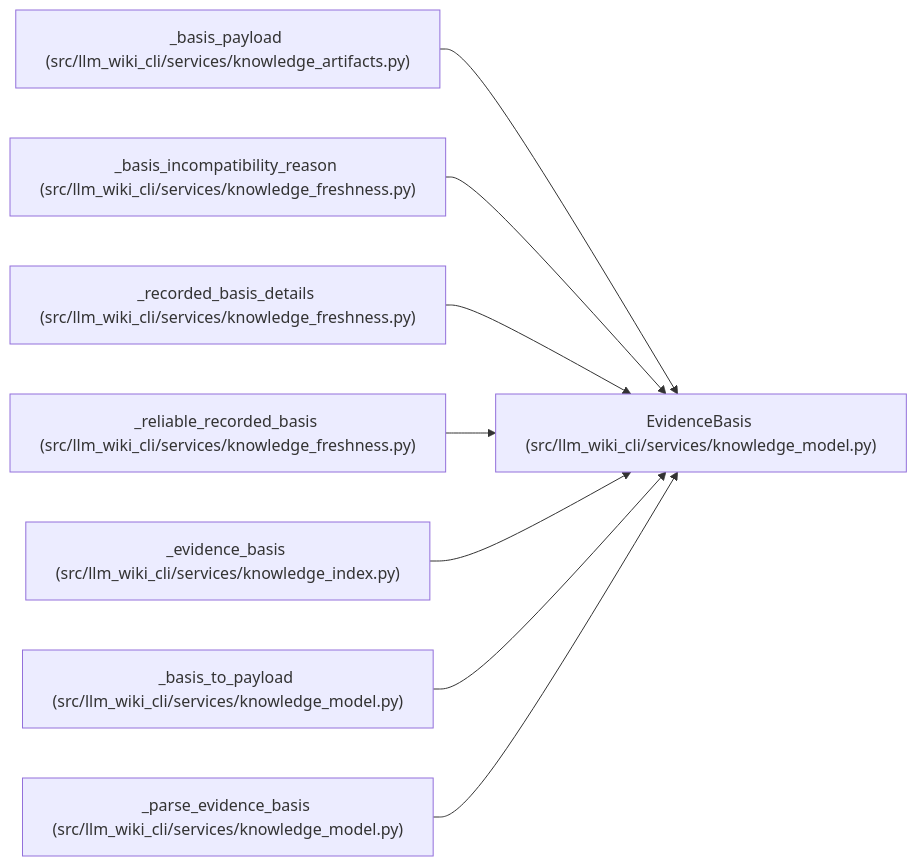
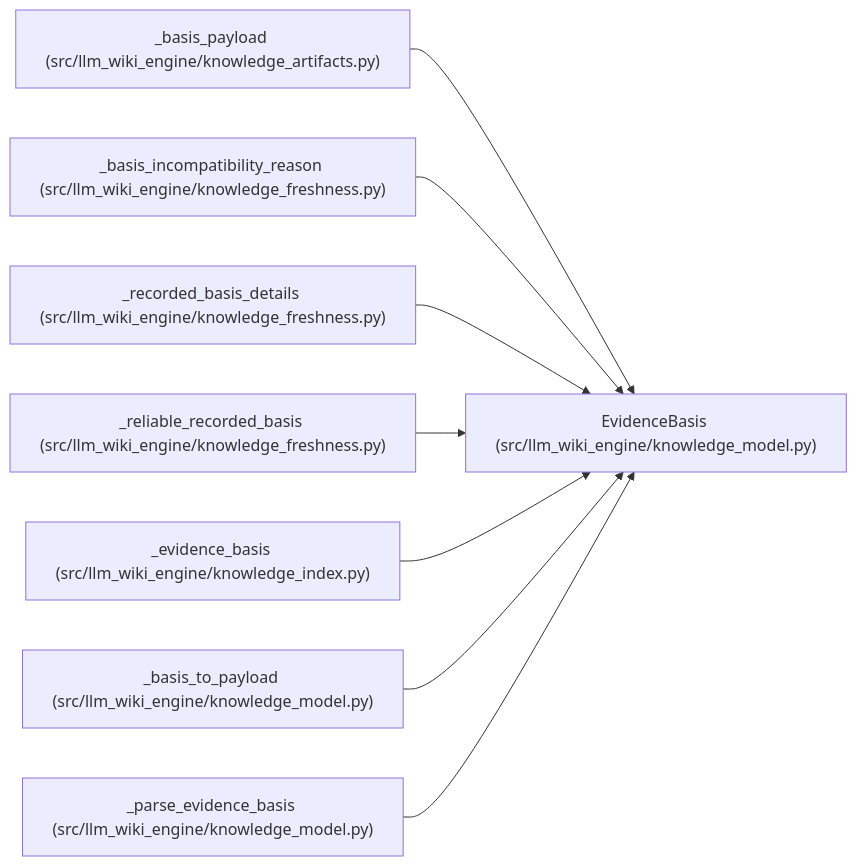
One commit to Denissvgn/python-wiki-llm changed the diagram in docs/llm_wiki/entities/EvidenceBasis.md. Above: the diagram before and after it, drawn with Mermaid. The commit also changed other lines of this file and 1058 other files, not shown here.

First line of the commit message:
docs: refresh the wiki for the knowledge store move

````diff
--- a/docs/llm_wiki/entities/EvidenceBasis.md
+++ b/docs/llm_wiki/entities/EvidenceBasis.md
@@ -33,26 +33,26 @@
 ```mermaid
 flowchart LR
-    n0["EvidenceBasis (src/llm_wiki_cli/services/knowledge_model.py)"]
-    n1["_basis_payload (src/llm_wiki_cli/services/knowledge_artifacts.py)"]
-    n2["_basis_incompatibility_reason (src/llm_wiki_cli/services/knowledge_freshness.py)"]
-    n3["_recorded_basis_details (src/llm_wiki_cli/services/knowledge_freshness.py)"]
-    n4["_reliable_recorded_basis (src/llm_wiki_cli/services/knowledge_freshness.py)"]
-    n5["_evidence_basis (src/llm_wiki_cli/services/knowledge_index.py)"]
-    n6["_basis_to_payload (src/llm_wiki_cli/services/knowledge_model.py)"]
-    n7["_parse_evidence_basis (src/llm_wiki_cli/services/knowledge_model.py)"]
+    n0["EvidenceBasis (src/llm_wiki_engine/knowledge_model.py)"]
+    n1["_basis_payload (src/llm_wiki_engine/knowledge_artifacts.py)"]
+    n2["_basis_incompatibility_reason (src/llm_wiki_engine/knowledge_freshness.py)"]
+    n3["_recorded_basis_details (src/llm_wiki_engine/knowledge_freshness.py)"]
+    n4["_reliable_recorded_basis (src/llm_wiki_engine/knowledge_freshness.py)"]
+    n5["_evidence_basis (src/llm_wiki_engine/knowledge_index.py)"]
+    n6["_basis_to_payload (src/llm_wiki_engine/knowledge_model.py)"]
+    n7["_parse_evidence_basis (src/llm_wiki_engine/knowledge_model.py)"]
     n1 --> n0
     n2 --> n0
     n3 --> n0
     n4 --> n0
     n5 --> n0
     n6 --> n0
     n7 --> n0
     click n0 "../modules/knowledge_model.md"
     click n1 "../modules/knowledge_artifacts.md"
     click n2 "../modules/knowledge_freshness.md"
     click n3 "../modules/knowledge_freshness.md"
     click n4 "../modules/knowledge_freshness.md"
     click n5 "../modules/knowledge_index.md"
     click n6 "../modules/knowledge_model.md"
     click n7 "../modules/knowledge_model.md"
 ```
````
